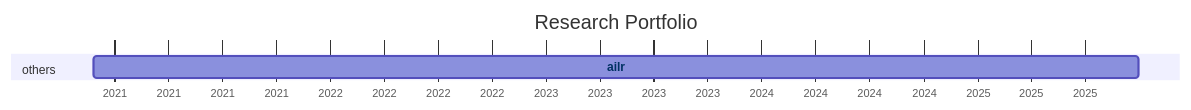
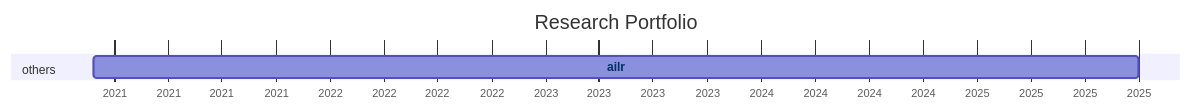
Before and after one commit to digital-work-lab/handbook: the diagram in docs/20-research/25-projects-gantt.md, drawn with Mermaid.

Commit message:
Update repository overview

````diff
--- a/docs/20-research/25-projects-gantt.md
+++ b/docs/20-research/25-projects-gantt.md
@@ -8,21 +8,21 @@
 ```mermaid
 ---
 displayMode: compact
 ---
 gantt
 title Research Portfolio
 dateFormat YYYY-MM-DD
 axisFormat %Y
 
     section work_practices
 
     section distributed_organizing
 
     section knowledge_synthesis
 
     section others
-        ailr :ailr, 2020-11-26, 2025-09-30
+        ailr :ailr, 2020-11-26, 2025-10-01
 
 
     click ailr href "{{ site.baseurl }}/docs/10-lab/18-resources/ailr.html"
 ```
````
